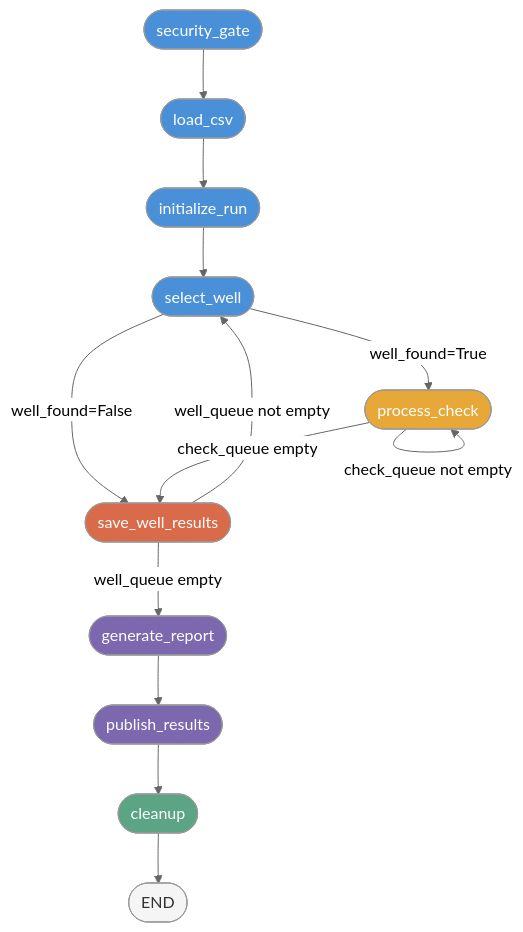
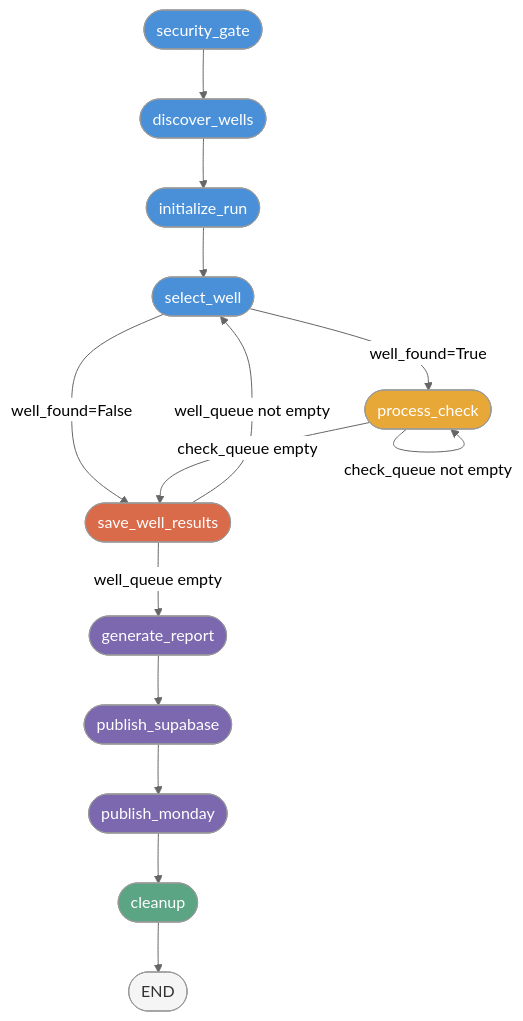
Before and after one commit to robert-blue-datascience/qc-agent-wiki: the diagram in technical/orchestrator.md, drawn with Mermaid (neutral theme). The commit also changed other lines of this file and 12 other files, not shown here.

````diff
--- a/technical/orchestrator.md
+++ b/technical/orchestrator.md
@@ -32,26 +32,27 @@
 ```mermaid
 flowchart TD
-    A([security_gate]):::primary --> B([load_csv]):::primary
+    A([security_gate]):::primary --> B([discover_wells]):::primary
     B --> C([initialize_run]):::primary
     C --> D([select_well]):::primary
 
     D -->|well_found=True| E([process_check]):::processing
     D -->|well_found=False| F([save_well_results]):::evaluation
 
     E -->|check_queue not empty| E
     E -->|check_queue empty| F
 
     F -->|well_queue not empty| D
     F -->|well_queue empty| G([generate_report]):::output
 
-    G --> H([publish_results]):::output
-    H --> I([cleanup]):::success
-    I --> J([END]):::decision
+    G --> H([publish_supabase]):::output
+    H --> I([publish_monday]):::output
+    I --> J([cleanup]):::success
+    J --> K([END]):::decision
 
     classDef primary fill:#4a90d9,color:#fff
     classDef processing fill:#e8a838,color:#fff
     classDef evaluation fill:#d96a4a,color:#fff
     classDef output fill:#7b68ae,color:#fff
     classDef success fill:#5ba585,color:#fff
     classDef decision fill:#f5f5f5,stroke:#999,color:#333
 ```
````
